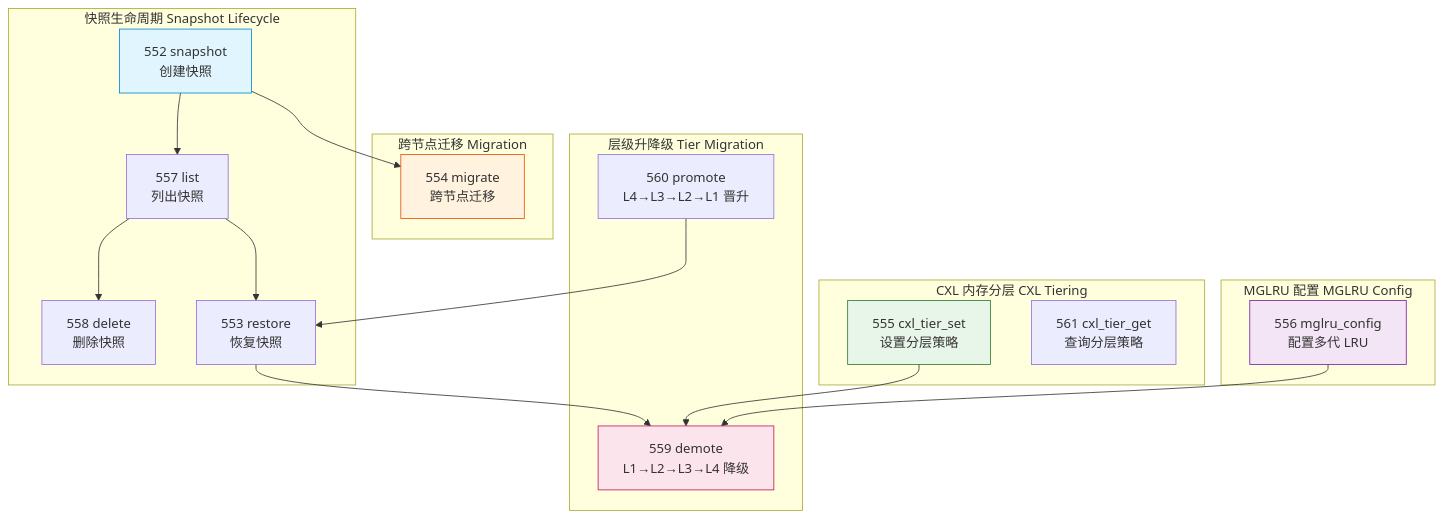
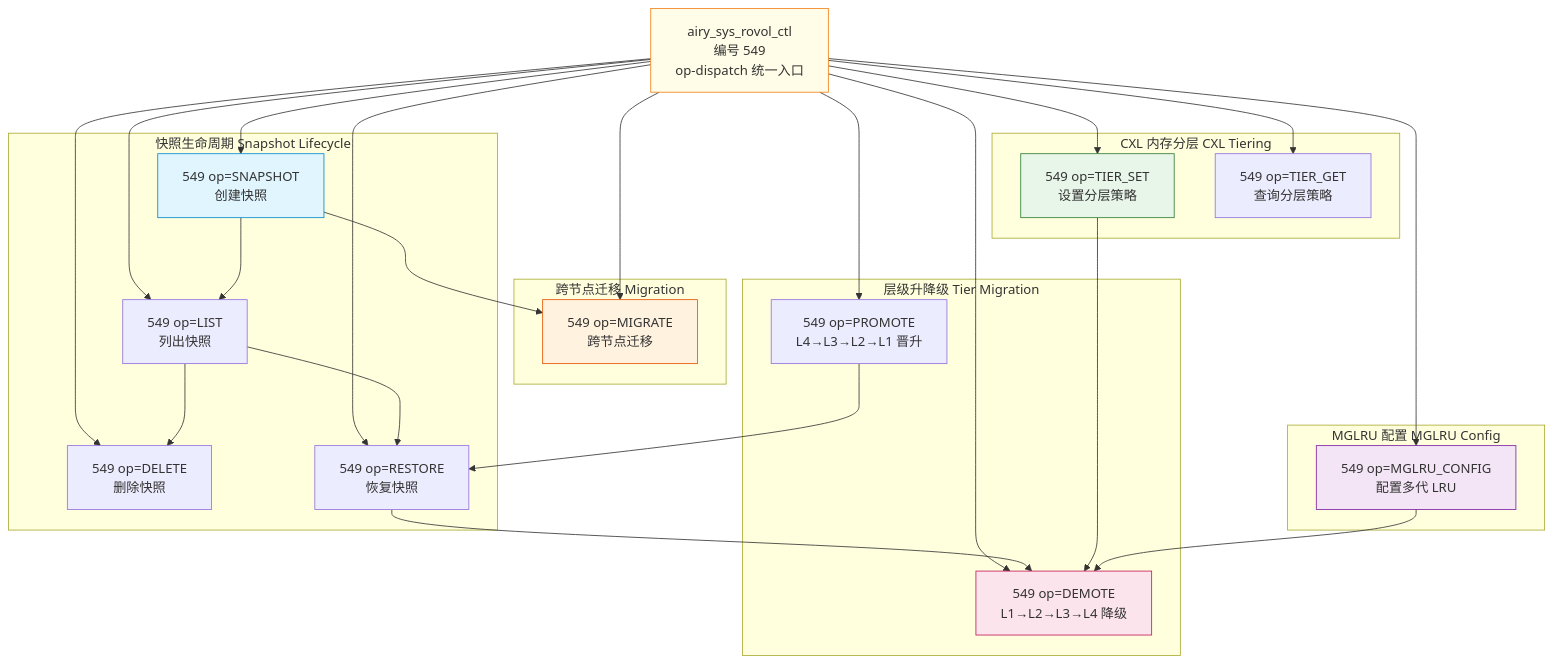
Before and after one commit to SpharxTeam/Docs: the first of 6 diagrams in AirymaxOS/140-application-development/05-memory-rovol-api.md, drawn with Mermaid. The commit also changed other lines of this file and 50 other files, not shown here.

````diff
--- a/AirymaxOS/140-application-development/05-memory-rovol-api.md
+++ b/AirymaxOS/140-application-development/05-memory-rovol-api.md
@@ -90,38 +125,52 @@
 ```mermaid
 graph TD
+    ENTRY[airy_sys_rovol_ctl<br/>编号 549<br/>op-dispatch 统一入口]
+
     subgraph "快照生命周期 Snapshot Lifecycle"
-        S1[552 snapshot<br/>创建快照]
-        S2[557 list<br/>列出快照]
-        S3[558 delete<br/>删除快照]
-        S4[553 restore<br/>恢复快照]
+        S1[549 op=SNAPSHOT<br/>创建快照]
+        S2[549 op=LIST<br/>列出快照]
+        S3[549 op=DELETE<br/>删除快照]
+        S4[549 op=RESTORE<br/>恢复快照]
     end
     subgraph "跨节点迁移 Migration"
-        M1[554 migrate<br/>跨节点迁移]
+        M1[549 op=MIGRATE<br/>跨节点迁移]
     end
     subgraph "CXL 内存分层 CXL Tiering"
-        C1[555 cxl_tier_set<br/>设置分层策略]
-        C2[561 cxl_tier_get<br/>查询分层策略]
+        C1[549 op=TIER_SET<br/>设置分层策略]
+        C2[549 op=TIER_GET<br/>查询分层策略]
     end
     subgraph "MGLRU 配置 MGLRU Config"
-        G1[556 mglru_config<br/>配置多代 LRU]
+        G1[549 op=MGLRU_CONFIG<br/>配置多代 LRU]
     end
     subgraph "层级升降级 Tier Migration"
-        T1[559 demote<br/>L1→L2→L3→L4 降级]
-        T2[560 promote<br/>L4→L3→L2→L1 晋升]
+        T1[549 op=DEMOTE<br/>L1→L2→L3→L4 降级]
+        T2[549 op=PROMOTE<br/>L4→L3→L2→L1 晋升]
     end
+
+    ENTRY --> S1
+    ENTRY --> S2
+    ENTRY --> S3
+    ENTRY --> S4
+    ENTRY --> M1
+    ENTRY --> C1
+    ENTRY --> C2
+    ENTRY --> G1
+    ENTRY --> T1
+    ENTRY --> T2
 
     S1 --> S2
     S2 --> S3
     S2 --> S4
     S1 --> M1
     S4 --> T1
     T2 --> S4
     C1 --> T1
     G1 --> T1
 
+    style ENTRY fill:#fffde7,stroke:#f57f17
     style S1 fill:#e1f5fe,stroke:#0288d1
     style M1 fill:#fff3e0,stroke:#e65100
     style C1 fill:#e8f5e9,stroke:#2e7d32
     style G1 fill:#f3e5f5,stroke:#7b1fa2
     style T1 fill:#fce4ec,stroke:#c2185b
 ```
````
